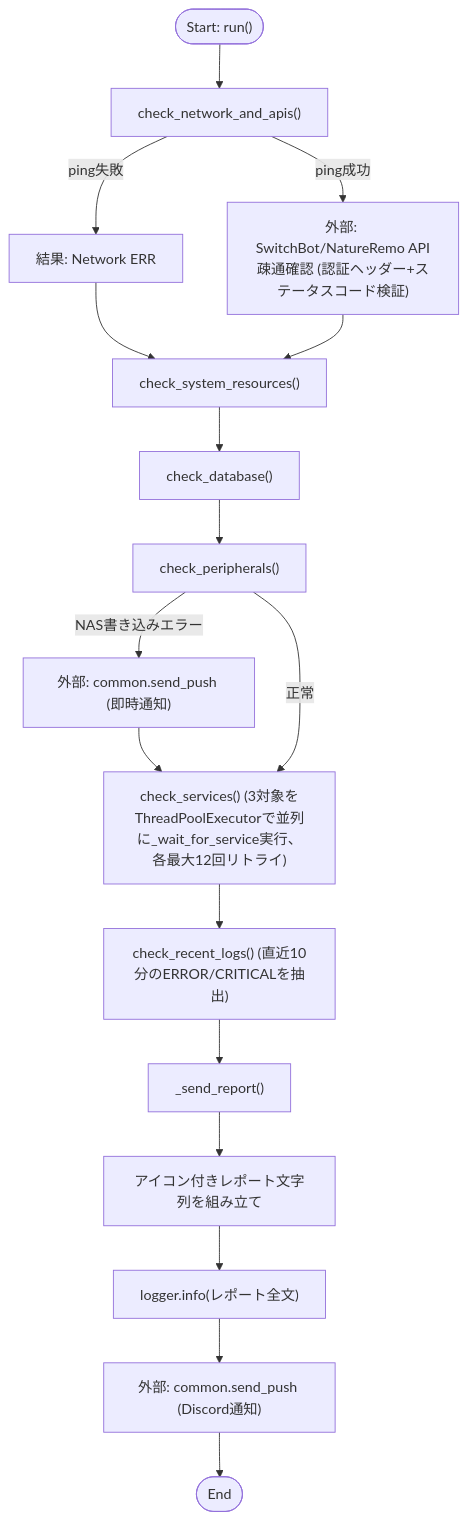
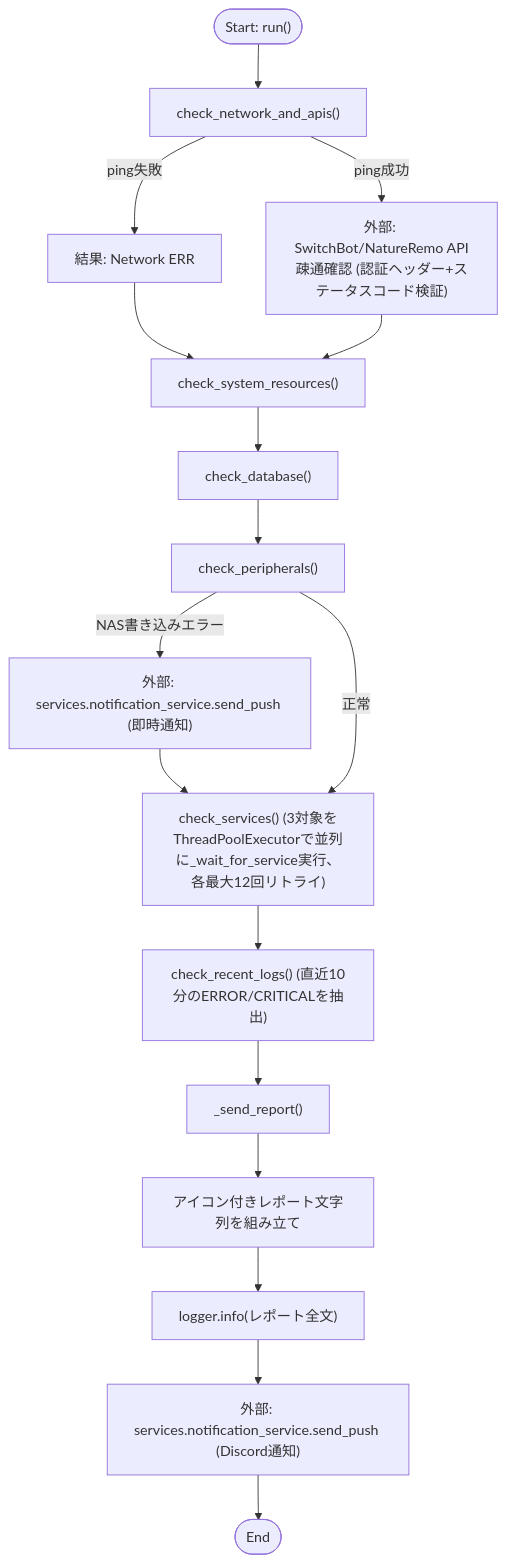
Before and after one commit to mmtigers/my_python_project: the first of 2 diagrams in docs/specifications/MY_HOME_SYSTEM/post_boot_health_check.md, drawn with Mermaid. The commit also changed other lines of this file and 91 other files, not shown here.

First line of the commit message:
refactor: common.py を廃止し、マスタ同期SQLの重複と LOG_DIR の同期I/Oを解消 (#664)

````diff
--- a/docs/specifications/MY_HOME_SYSTEM/post_boot_health_check.md
+++ b/docs/specifications/MY_HOME_SYSTEM/post_boot_health_check.md
@@ -507,19 +508,19 @@
 ```mermaid
 flowchart TD
     Start(["Start: run()"]) --> NetCheck["check_network_and_apis()"]
     NetCheck -- ping失敗 --> ResNet["結果: Network ERR"] --> SysCheck
     NetCheck -- ping成功 --> APICheck["外部: SwitchBot/NatureRemo API疎通確認 (認証ヘッダー+ステータスコード検証)"] --> SysCheck["check_system_resources()"]
 
     SysCheck --> DBCheck["check_database()"]
     DBCheck --> PeriphCheck["check_peripherals()"]
-    PeriphCheck -- NAS書き込みエラー --> ImmediateNotify["外部: common.send_push (即時通知)"]
+    PeriphCheck -- NAS書き込みエラー --> ImmediateNotify["外部: services.notification_service.send_push (即時通知)"]
     ImmediateNotify --> SvcCheck
     PeriphCheck -- 正常 --> SvcCheck["check_services() (3対象をThreadPoolExecutorで並列に_wait_for_service実行、各最大12回リトライ)"]
 
     SvcCheck --> LogCheck["check_recent_logs() (直近10分のERROR/CRITICALを抽出)"]
     LogCheck --> SendReport["_send_report()"]
     SendReport --> BuildMsg["アイコン付きレポート文字列を組み立て"]
     BuildMsg --> LogInfo["logger.info(レポート全文)"]
-    LogInfo --> Notify["外部: common.send_push (Discord通知)"]
+    LogInfo --> Notify["外部: services.notification_service.send_push (Discord通知)"]
     Notify --> End(["End"])
 ```
````
